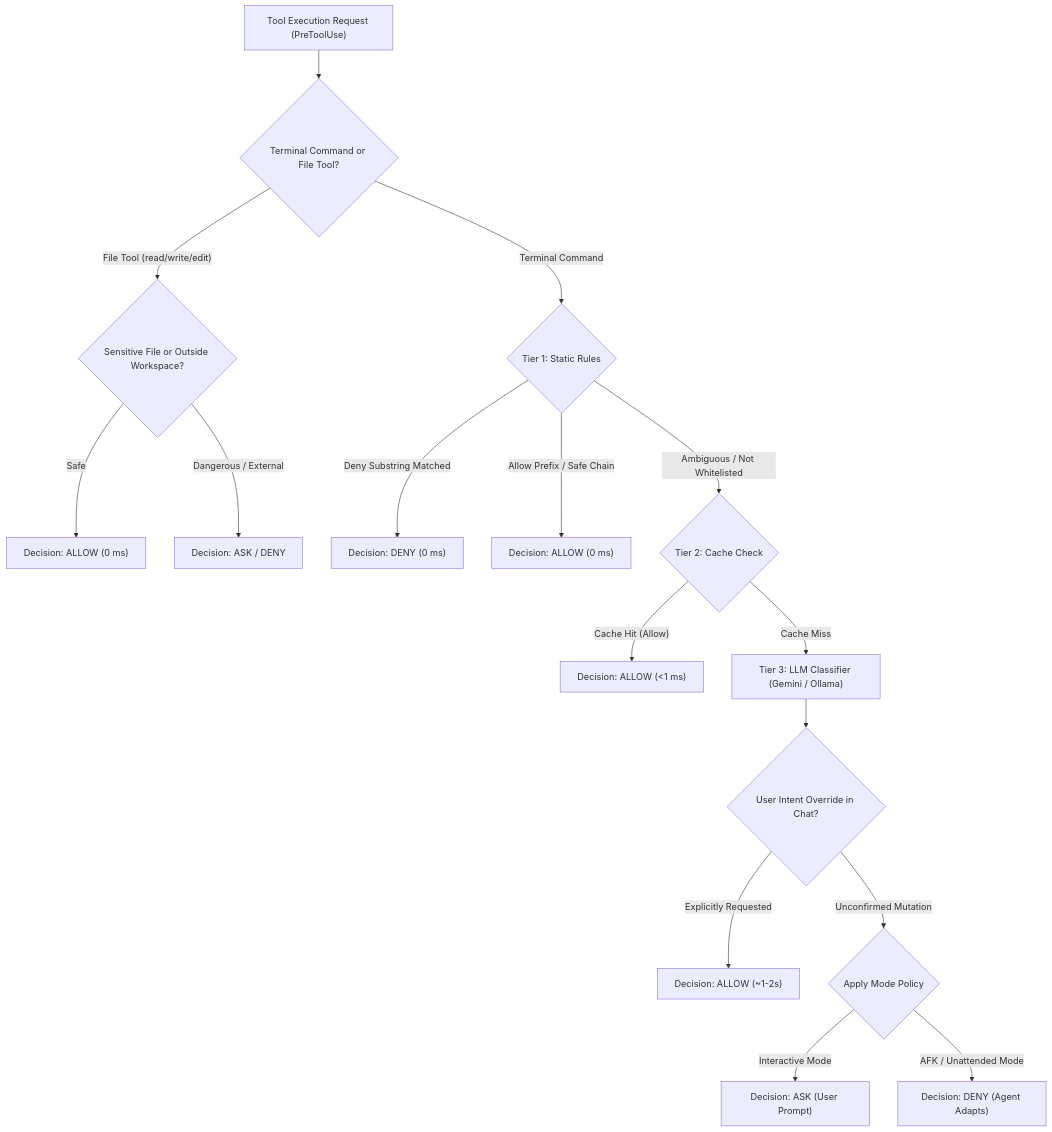
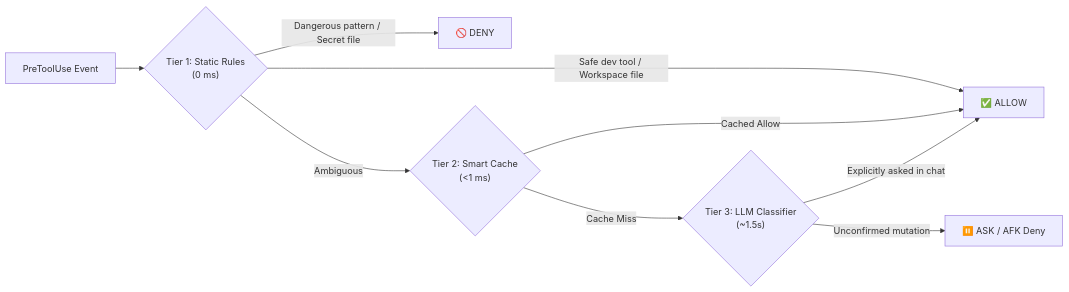
Before and after one commit to agy-guard/agy-guard: the diagram in README.md, drawn with Mermaid. The commit also changed other lines of this file, not shown here.

Commit message:
docs: streamline architecture section with compact LR diagram and table

````diff
--- a/README.md
+++ b/README.md
@@ -58,23 +60,11 @@
 ```mermaid
-flowchart TD
-    ToolCall["Tool Execution Request (PreToolUse)"] --> NonCmd{"Terminal Command or File Tool?"}
-    
-    NonCmd -- "File Tool (read/write/edit)" --> FileCheck{"Sensitive File or Outside Workspace?"}
-    FileCheck -- "Safe" --> Allow0["Decision: ALLOW (0 ms)"]
-    FileCheck -- "Dangerous / External" --> AskFile["Decision: ASK / DENY"]
-    
-    NonCmd -- "Terminal Command" --> Tier1{"Tier 1: Static Rules"}
-    Tier1 -- "Deny Substring Matched" --> Deny1["Decision: DENY (0 ms)"]
-    Tier1 -- "Allow Prefix / Safe Chain" --> Allow1["Decision: ALLOW (0 ms)"]
-    Tier1 -- "Ambiguous / Not Whitelisted" --> Cache{"Tier 2: Cache Check"}
-    
-    Cache -- "Cache Hit (Allow)" --> AllowCache["Decision: ALLOW (<1 ms)"]
-    Cache -- "Cache Miss" --> Tier3["Tier 3: LLM Classifier (Gemini / Ollama)"]
-    
-    Tier3 --> Intent{"User Intent Override in Chat?"}
-    Intent -- "Explicitly Requested" --> AllowIntent["Decision: ALLOW (~1-2s)"]
-    Intent -- "Unconfirmed Mutation" --> Policy{"Apply Mode Policy"}
-    
-    Policy -- "Interactive Mode" --> Ask["Decision: ASK (User Prompt)"]
-    Policy -- "AFK / Unattended Mode" --> DenyAFK["Decision: DENY (Agent Adapts)"]
+flowchart LR
+    In["PreToolUse Event"] --> T1{"Tier 1: Static Rules<br/>(0 ms)"}
+    T1 -- "Safe dev tool / Workspace file" --> OK["✅ ALLOW"]
+    T1 -- "Dangerous pattern / Secret file" --> BLOCK["🚫 DENY"]
+    T1 -- "Ambiguous" --> T2{"Tier 2: Smart Cache<br/>(&lt;1 ms)"}
+    T2 -- "Cached Allow" --> OK
+    T2 -- "Cache Miss" --> T3{"Tier 3: LLM Classifier<br/>(~1.5s)"}
+    T3 -- "Explicitly asked in chat" --> OK
+    T3 -- "Unconfirmed mutation" --> Policy["⏸️ ASK / AFK Deny"]
 ```
````
